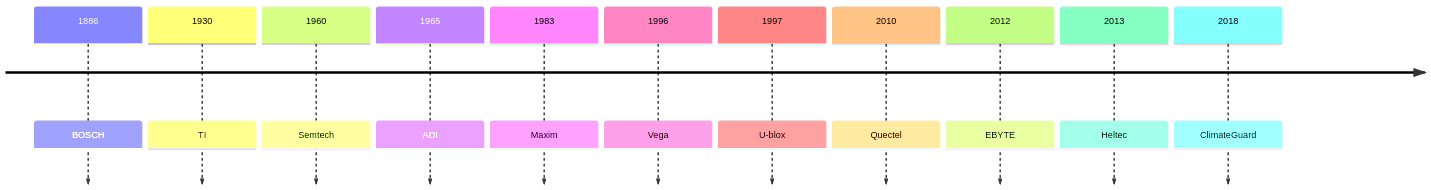
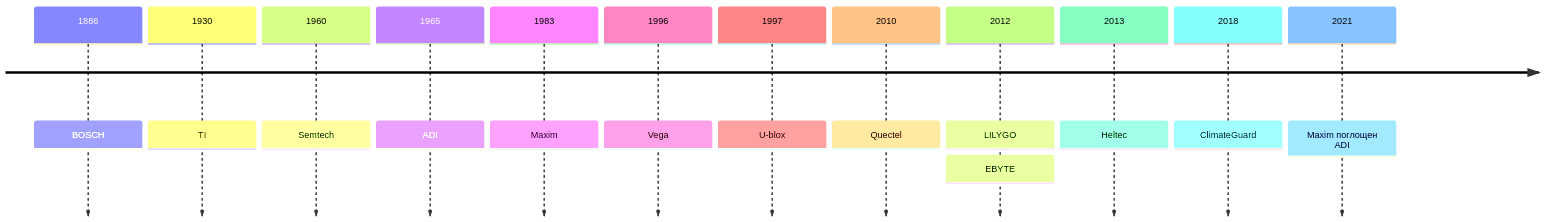
Before and after one commit to Krey81/lora: the second of 2 diagrams in notes/README.md, drawn with Mermaid. The commit also changed other lines of this file, not shown here.

````diff
--- a/notes/README.md
+++ b/notes/README.md
@@ -158,14 +158,15 @@
 ```mermaid
 timeline
     1886 : BOSCH
     1930 : TI
     1960 : Semtech
     1965 : ADI
     1983 : Maxim
     1996 : Vega
     1997 : U‑blox
     2010 : Quectel
-    2012 : EBYTE
+    2012 : LILYGO : EBYTE
     2013 : Heltec
     2018 : ClimateGuard
+    2021 : Maxim поглощен ADI
 ```
````
